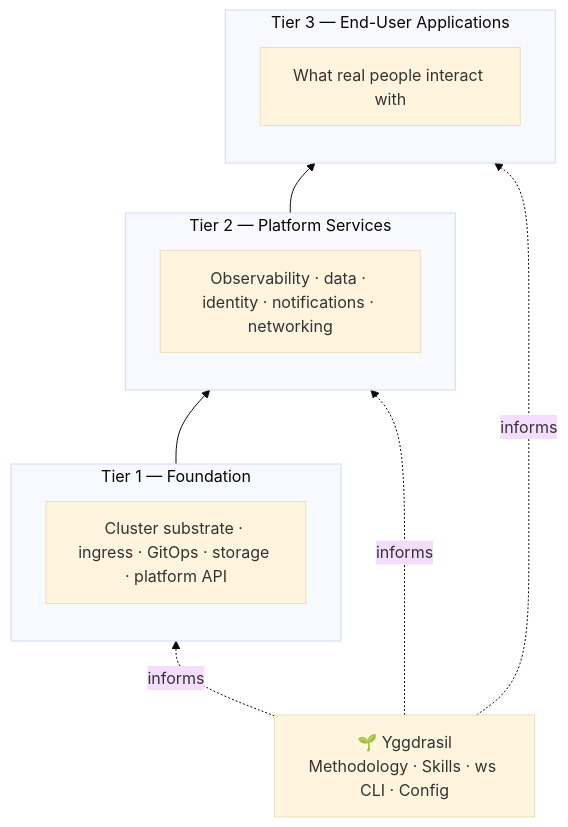
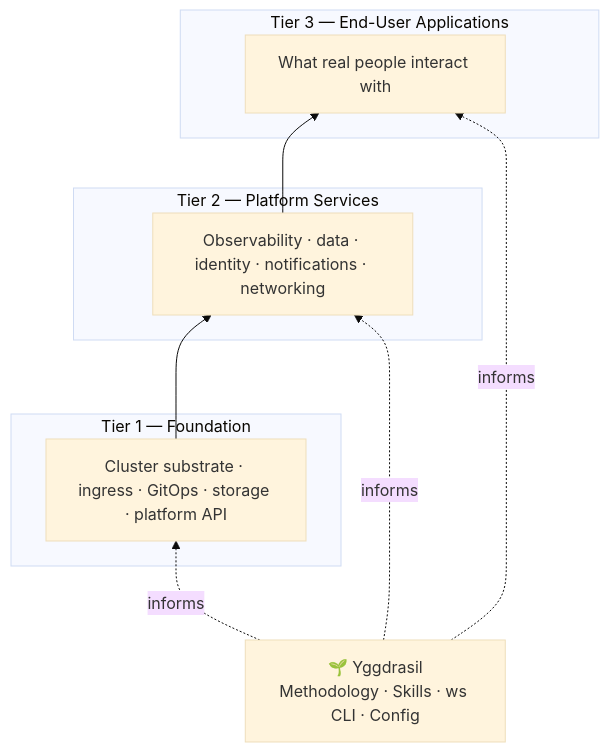
Before and after one commit to SiliconSaga/yggdrasil: the diagram in docs/ecosystem-architecture.md, drawn with Mermaid (base theme). The commit also changed other lines of this file, not shown here.

Commit message:
fix(docs): PR #86 round-2 review — mermaid subgraph edges, plans/ link path
Second Copilot review fired on the previous push. Two valid
findings, both addressed.

**Mermaid: subgraph IDs as edge targets** (line 16). Copilot
flagged that `T1 --> T2` etc. wire subgraph IDs rather than nodes,
which can render with missing arrows or fail outright depending on
the Mermaid version. Switched to node-based edges
(`F --> P`, `P --> A`, `YGG -. .-> F/P/A`) which is the supported
shape across all current Mermaid versions.

**Plans link path** (line 87). My previous fix changed
`plans/...` to `../plans/...` based on CodeRabbit's earlier
"resolves under docs/ and breaks" comment. CodeRabbit was wrong
about the layout — `plans/` actually lives at `docs/plans/`, not
at the repo root. So *from* `docs/ecosystem-architecture.md`, the
relative path is plain `plans/...` (without `../`). Verified via
`docs/plans/2026-04-24-realms-and-hoards-design.md` actually
existing. Copilot caught the regression.

Lesson worth keeping: when two reviewer bots conflict on a relative
path, the only authoritative check is glob/exists against the real
tree.

````diff
--- a/docs/ecosystem-architecture.md
+++ b/docs/ecosystem-architecture.md
@@ -17,22 +17,22 @@
 ```mermaid
 graph BT
     YGG["🌱 Yggdrasil<br/>Methodology · Skills · ws CLI · Config"]
 
     subgraph T1["Tier 1 — Foundation"]
         F["Cluster substrate · ingress · GitOps · storage · platform API"]
     end
 
     subgraph T2["Tier 2 — Platform Services"]
         P["Observability · data · identity · notifications · networking"]
     end
 
     subgraph T3["Tier 3 — End-User Applications"]
         A["What real people interact with"]
     end
 
-    T1 --> T2
-    T2 --> T3
-    YGG -. "informs" .-> T1
-    YGG -. "informs" .-> T2
-    YGG -. "informs" .-> T3
+    F --> P
+    P --> A
+    YGG -. "informs" .-> F
+    YGG -. "informs" .-> P
+    YGG -. "informs" .-> A
 ```
````
